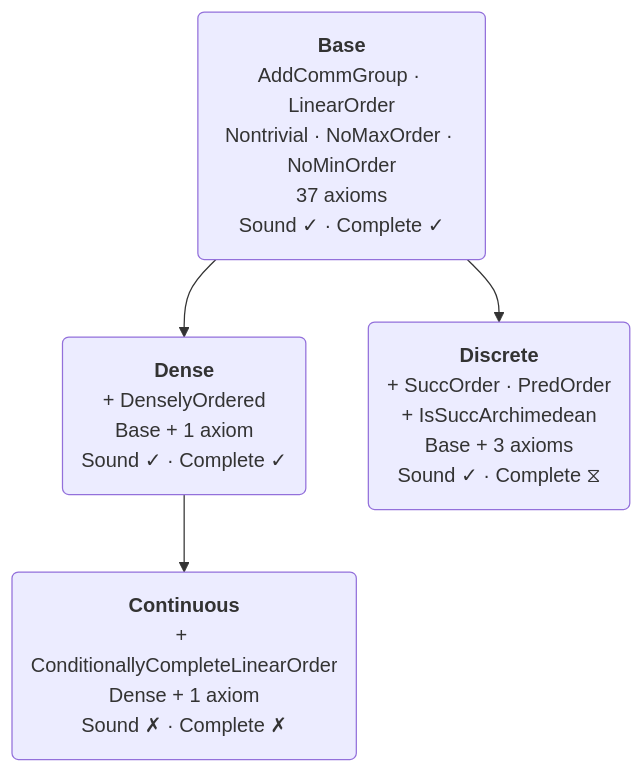
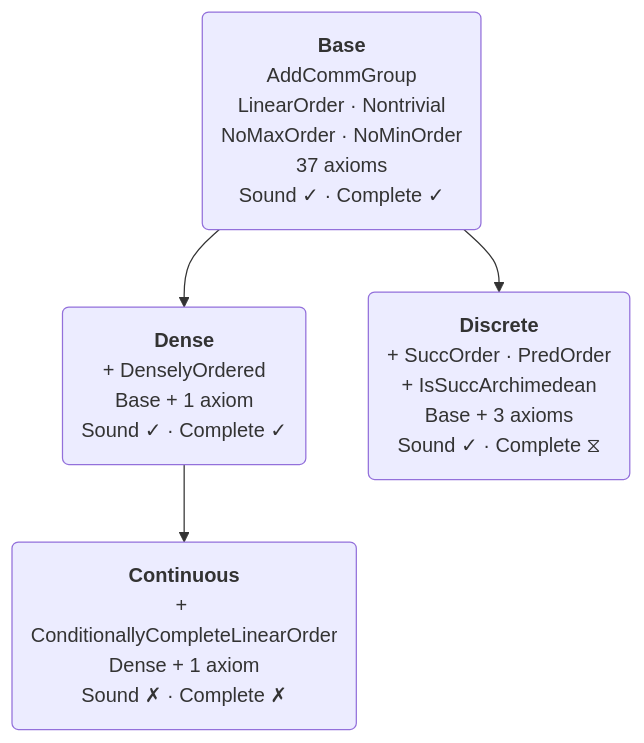
The diagram in README.md (benbrastmckie/BimodalLogic), drawn with Mermaid before and after one commit.

````diff
--- a/README.md
+++ b/README.md
@@ -129,11 +129,11 @@
 ```mermaid
 graph TD
-    B("<b>Base</b><br/>AddCommGroup · LinearOrder<br/>Nontrivial · NoMaxOrder · NoMinOrder<br/>37 axioms<br/>Sound ✓ · Complete ✓")
+    B("<b>Base</b><br/>AddCommGroup<br/>LinearOrder · Nontrivial<br/>NoMaxOrder · NoMinOrder<br/>37 axioms<br/>Sound ✓ · Complete ✓")
     D("<b>Dense</b><br/>+ DenselyOrdered<br/>Base + 1 axiom<br/>Sound ✓ · Complete ✓")
     C("<b>Continuous</b><br/>+ ConditionallyCompleteLinearOrder<br/>Dense + 1 axiom<br/>Sound ✗ · Complete ✗")
     Z("<b>Discrete</b><br/>+ SuccOrder · PredOrder<br/>+ IsSuccArchimedean<br/>Base + 3 axioms<br/>Sound ✓ · Complete ⧖")
 
     B --> D
     D --> C
     B --> Z
 ```
````
